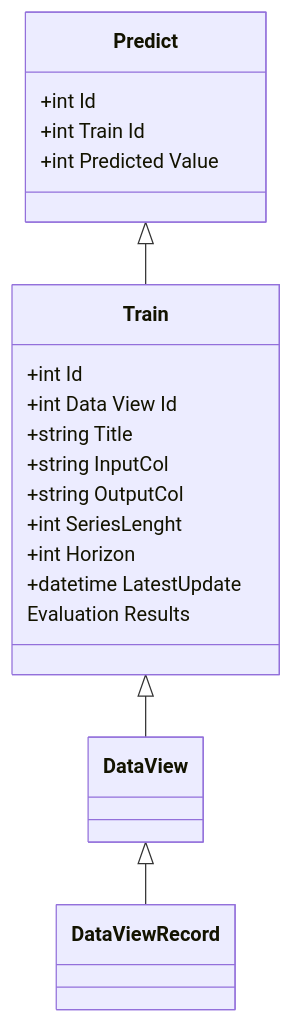
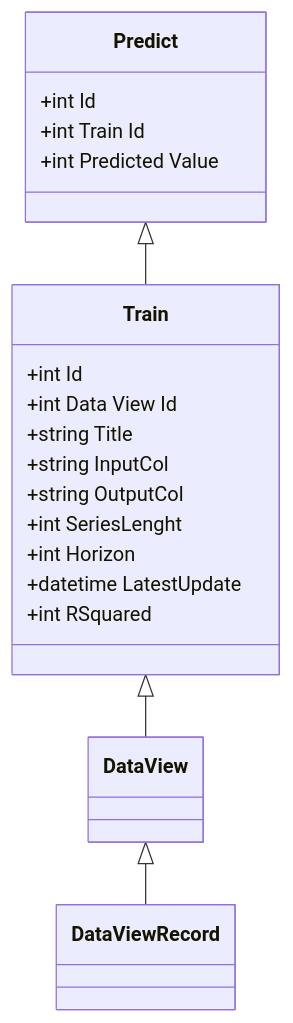
One commit to imiiii/Wiki-For-ML-Project changed the eighth of 8 diagrams in Test/SubPage.md. Above: the diagram before and after it, drawn with Mermaid.

Commit message:
Updated SubPage

```diff
--- a/Test/SubPage.md
+++ b/Test/SubPage.md
@@ -105,22 +105,22 @@
 :::mermaid
 classDiagram
     Predict<|-- Train
     Train <|-- Data View 
     Data View <|-- Data View Record
     Predict: +int Id
     Predict: +int Train Id
     Predict: +int Predicted Value
 
     Train: +int Id
     Train: +int Data View Id
     Train: +string Title
     Train: +string InputCol
     Train: +string OutputCol
     Train: +int SeriesLenght
     Train: +int Horizon
     Train: +datetime LatestUpdate
-    Train: Evaluation Results
+    Train: +int RSquared
 
 
   
 :::
```
